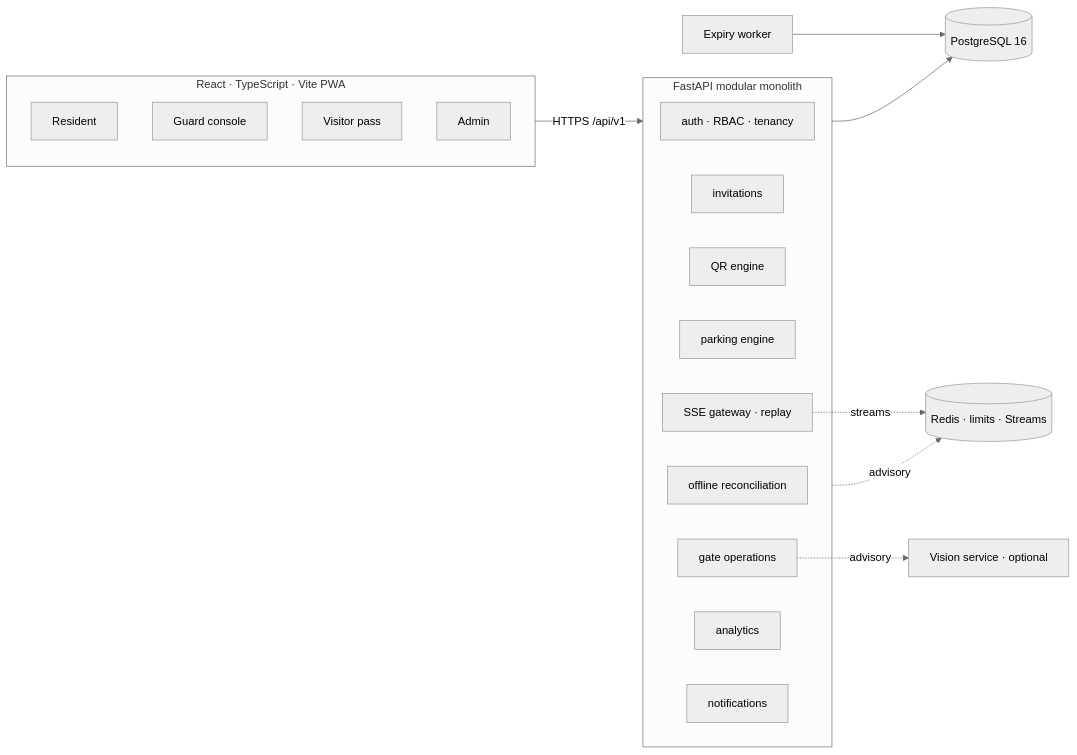
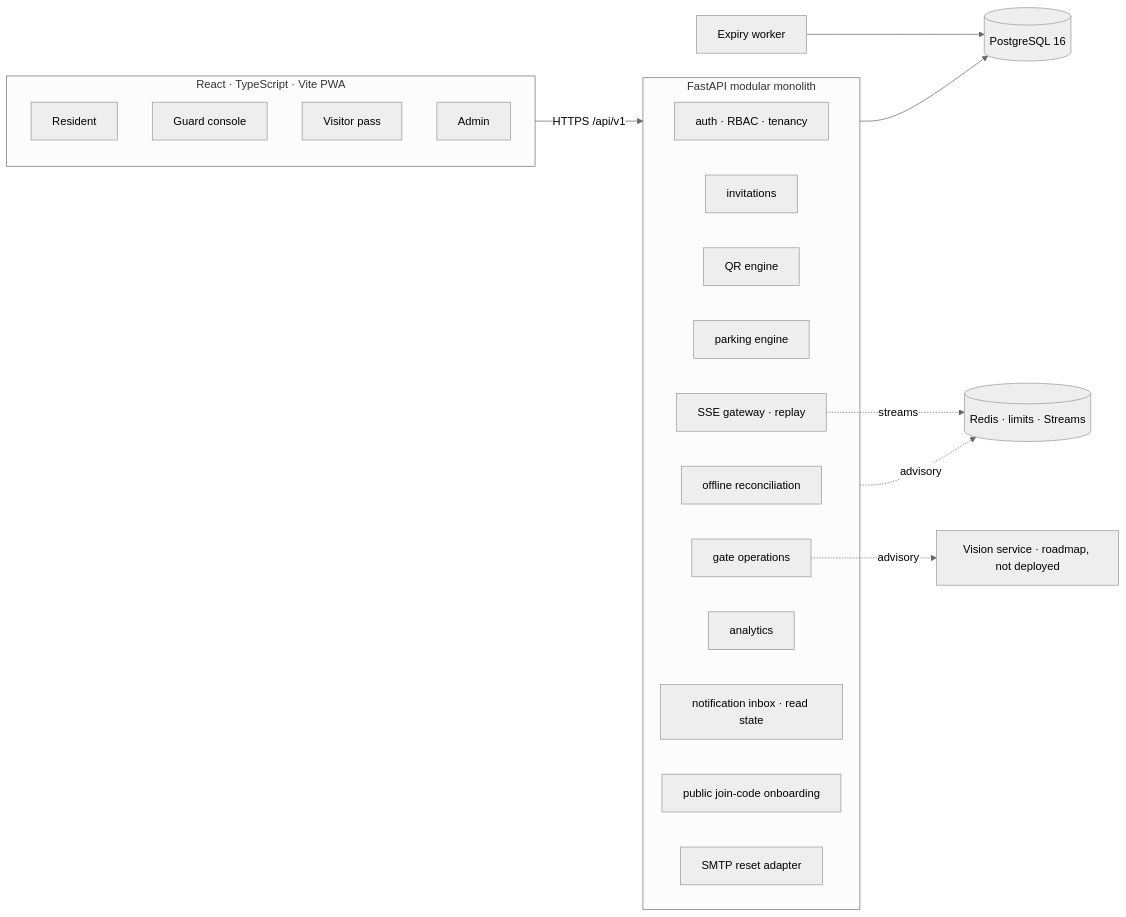
The diagram in docs/ARCHITECTURE.md (officialarghya29/ParkVanta), drawn with Mermaid (neutral theme) before and after one commit. The commit also changed other lines of this file and 43 other files, not shown here.

````diff
--- a/docs/ARCHITECTURE.md
+++ b/docs/ARCHITECTURE.md
@@ -8,33 +9,35 @@
 ```mermaid
 flowchart LR
     subgraph Client["React · TypeScript · Vite PWA"]
         R[Resident]
         G[Guard console]
         V[Visitor pass]
         A[Admin]
     end
 
     subgraph API["FastAPI modular monolith"]
         AUTH[auth · RBAC · tenancy]
         INV[invitations]
         QRE[QR engine]
         PARK[parking engine]
         GATE[gate operations]
         OFF[offline reconciliation]
         EV[SSE gateway · replay]
         AN[analytics]
-        N[notifications]
+        N[notification inbox · read state]
+        ONB[public join-code onboarding]
+        MAIL[SMTP reset adapter]
     end
 
     PG[(PostgreSQL 16)]
     RD[(Redis · limits · Streams)]
     W[Expiry worker]
-    VIS[Vision service · optional]
+    VIS[Vision service · roadmap, not deployed]
 
     Client -->|HTTPS /api/v1| API
     API --> PG
     API -. advisory .-> RD
     EV -. streams .-> RD
     W --> PG
     GATE -. advisory .-> VIS
 ```
````
